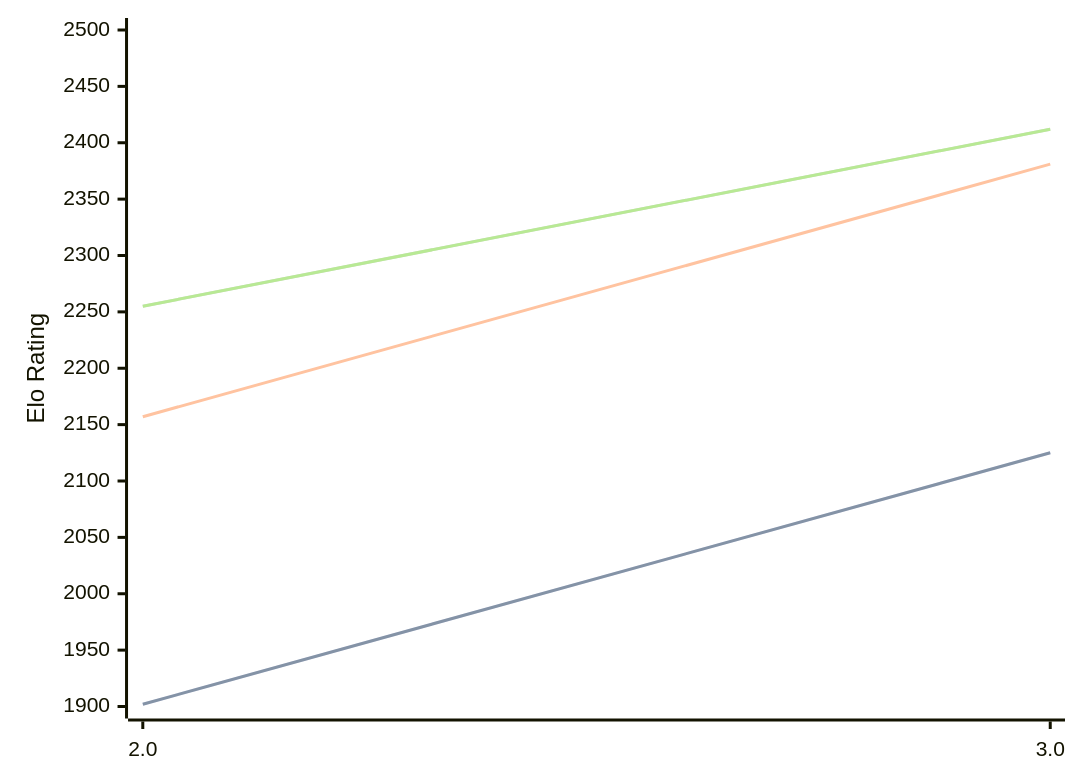
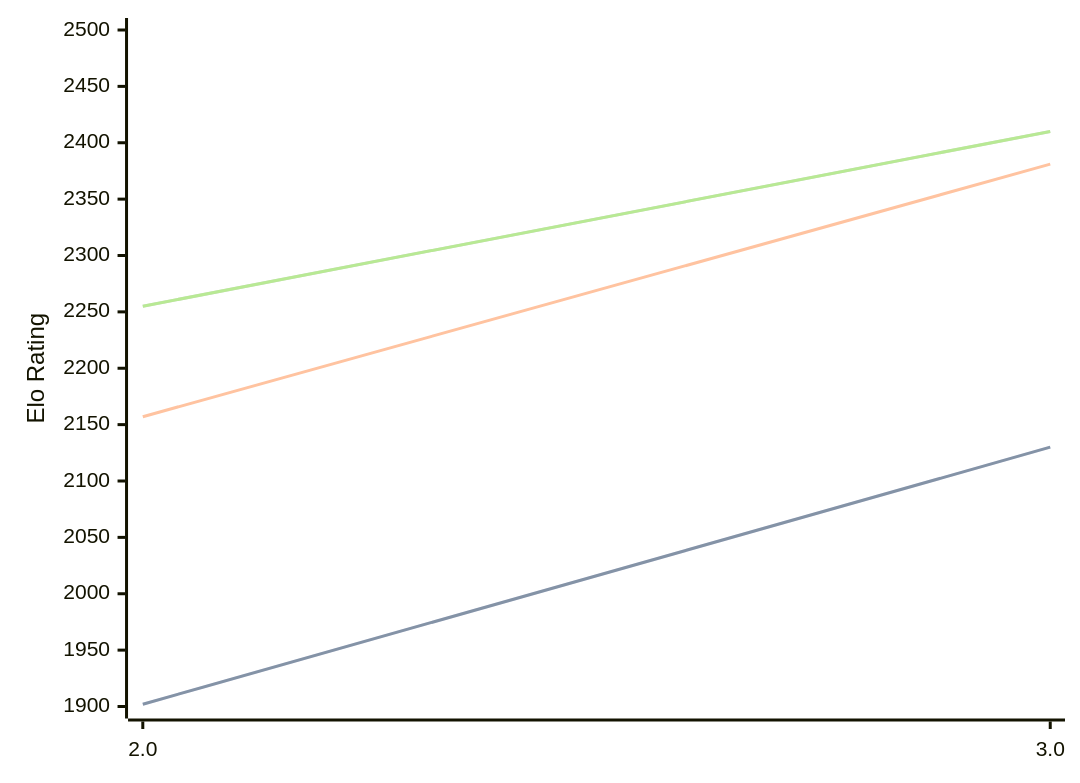
Before and after one commit to computer-chess-index/cci: the diagram in engines/Zeno.md, drawn with Mermaid. The commit also changed other lines of this file, not shown here.

Commit message:
Update CCI Ratings (ELO VLTC) - 2026-09-21

````diff
--- a/engines/Zeno.md
+++ b/engines/Zeno.md
@@ -32,11 +32,11 @@
 ```mermaid
 %%{init: {"theme":"base","themeVariables":{"seriesColors:['#a3a3a3','#222221','#faa371']}}}%%
 xychart-beta
   x-axis ["2.0", "3.0"]
   y-axis "Elo Rating" 1900 --> 2500
-  line "" [1902, 2125]
-  line "STC (8.0+0.08s)" [1902, 2125]
+  line "" [1902, 2130]
+  line "STC (8.0+0.08s)" [1902, 2130]
   line "LTC (60.0+0.60s)" [2157, 2381]
-  line "" [2255, 2412]
-  line "VLTC (2m24s+1.12s)" [2255, 2412]
+  line "" [2255, 2410]
+  line "VLTC (2m24s+1.12s)" [2255, 2410]
 ```
````
